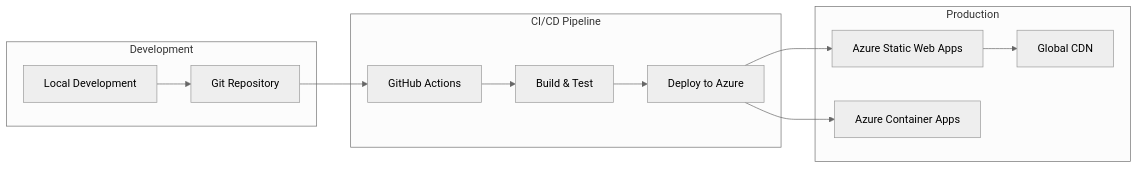
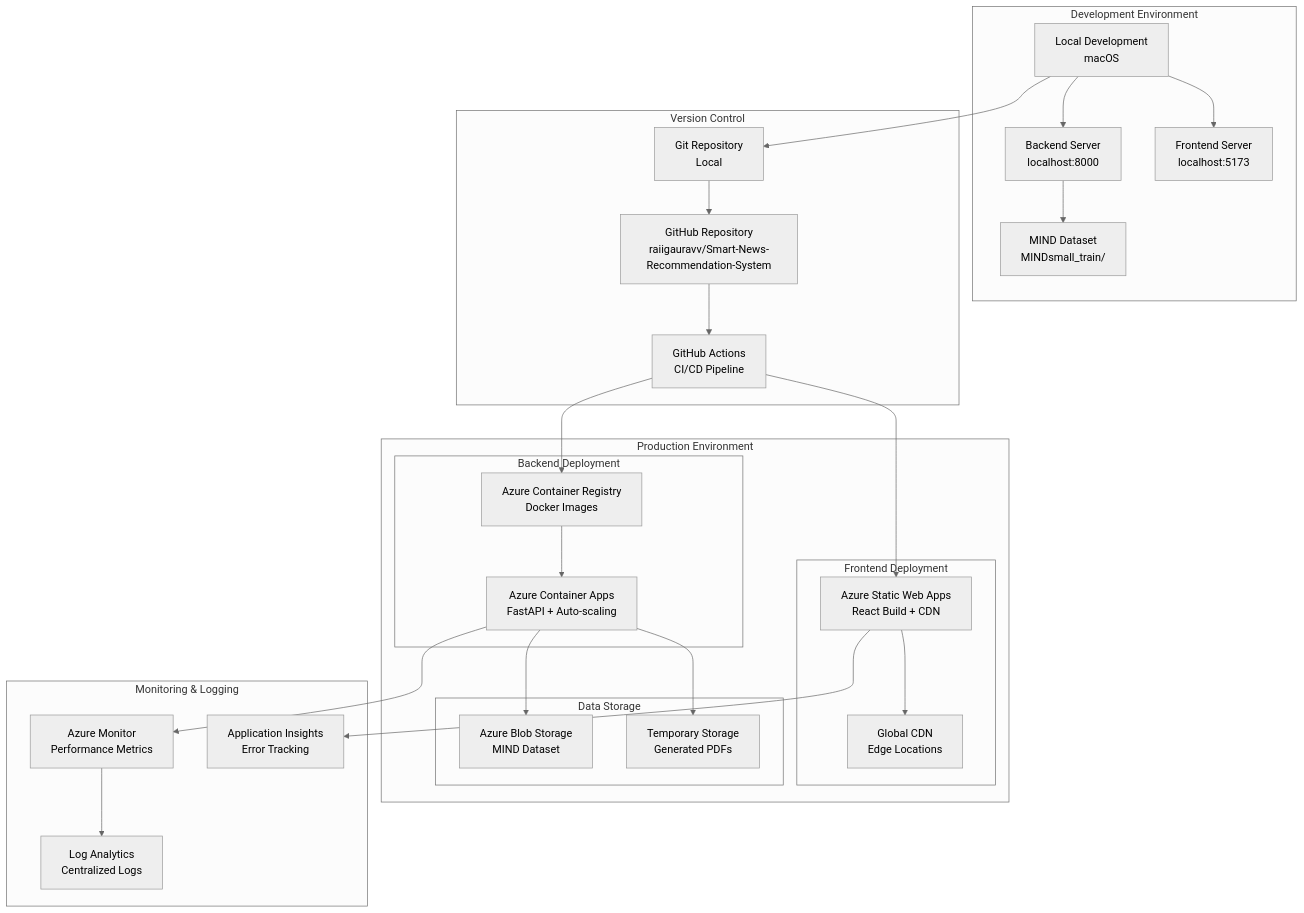
Before and after one commit to raiigauravv/Smart-News-Recommendation-System: the second of 5 diagrams in SYSTEM_DIAGRAMS.md, drawn with Mermaid (neutral theme). The commit also changed other lines of this file, not shown here.

First line of the commit message:
docs: Add comprehensive system diagrams with Mermaid visualizations

````diff
--- a/SYSTEM_DIAGRAMS.md
+++ b/SYSTEM_DIAGRAMS.md
@@ -166,27 +531,56 @@
 ```mermaid
-graph LR
-    subgraph "Development"
-        Dev[Local Development]
-        Git[Git Repository]
+graph TB
+    subgraph "Development Environment"
+        DevMachine[Local Development<br/>macOS]
+        LocalBackend[Backend Server<br/>localhost:8000]
+        LocalFrontend[Frontend Server<br/>localhost:5173]
+        LocalDataset[MIND Dataset<br/>MINDsmall_train/]
     end
     
-    subgraph "CI/CD Pipeline"
-        Actions[GitHub Actions]
-        Build[Build & Test]
-        Deploy[Deploy to Azure]
+    subgraph "Version Control"
+        GitRepo[Git Repository<br/>Local]
+        GitHub[GitHub Repository<br/>raiigauravv/Smart-News-Recommendation-System]
+        GitHubActions[GitHub Actions<br/>CI/CD Pipeline]
     end
     
-    subgraph "Production"
-        Frontend[Azure Static Web Apps]
-        Backend[Azure Container Apps]
-        CDN[Global CDN]
+    subgraph "Production Environment"
+        subgraph "Frontend Deployment"
+            AzureStaticApps[Azure Static Web Apps<br/>React Build + CDN]
+            GlobalCDN[Global CDN<br/>Edge Locations]
+        end
+        subgraph "Backend Deployment"
+            AzureContainerApps[Azure Container Apps<br/>FastAPI + Auto-scaling]
+            ContainerRegistry[Azure Container Registry<br/>Docker Images]
+        end
+        subgraph "Data Storage"
+            AzureStorage[Azure Blob Storage<br/>MIND Dataset]
+            TempStorage[Temporary Storage<br/>Generated PDFs]
+        end
     end
     
-    Dev --> Git
-    Git --> Actions
-    Actions --> Build
-    Build --> Deploy
-    Deploy --> Frontend
-    Deploy --> Backend
-    Frontend --> CDN
+    subgraph "Monitoring & Logging"
+        AzureMonitor[Azure Monitor<br/>Performance Metrics]
+        AppInsights[Application Insights<br/>Error Tracking]
+        LogAnalytics[Log Analytics<br/>Centralized Logs]
+    end
+    
+    DevMachine --> LocalBackend
+    DevMachine --> LocalFrontend
+    LocalBackend --> LocalDataset
+    
+    DevMachine --> GitRepo
+    GitRepo --> GitHub
+    GitHub --> GitHubActions
+    
+    GitHubActions --> AzureStaticApps
+    GitHubActions --> ContainerRegistry
+    ContainerRegistry --> AzureContainerApps
+    
+    AzureStaticApps --> GlobalCDN
+    AzureContainerApps --> AzureStorage
+    AzureContainerApps --> TempStorage
+    
+    AzureContainerApps --> AzureMonitor
+    AzureStaticApps --> AppInsights
+    AzureMonitor --> LogAnalytics
 ```
````
